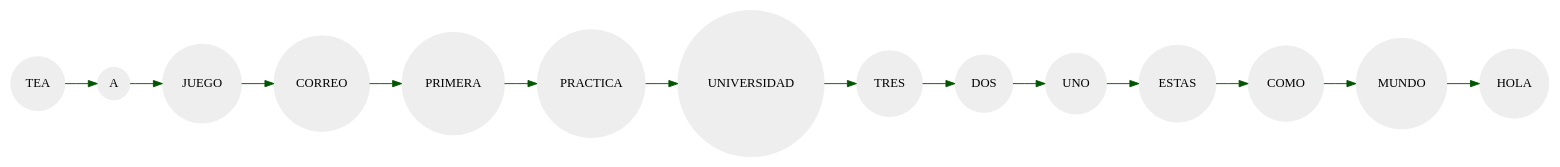
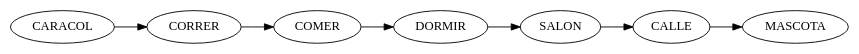
One commit to Caceres-Joseph/Practica1s12017_201513696 changed the diagram in src/Images/Grafo/diccionario.dot. Above: the diagram before and after it, drawn with Graphviz. The commit also changed 10 other files, not shown here.

```diff
--- a/src/Images/Grafo/diccionario.dot
+++ b/src/Images/Grafo/diccionario.dot
@@ -1,21 +1,9 @@
 digraph grafo {
-node [shape=circle];
-node [style=filled];
-node [fillcolor="#EEEEEE"];
-node [color="#EEEEEE"];
-edge [color="#005500   #214a89"];
-TEA->A;
-A->JUEGO;
-JUEGO->CORREO;
-CORREO->PRIMERA;
-PRIMERA->PRACTICA;
-PRACTICA->UNIVERSIDAD;
-UNIVERSIDAD->TRES;
-TRES->DOS;
-DOS->UNO;
-UNO->ESTAS;
-ESTAS->COMO;
-COMO->MUNDO;
-MUNDO->HOLA;
+CARACOL->CORRER;
+CORRER->COMER;
+COMER->DORMIR;
+DORMIR->SALON;
+SALON->CALLE;
+CALLE->MASCOTA;
 
 rankdir=LR;}
```
